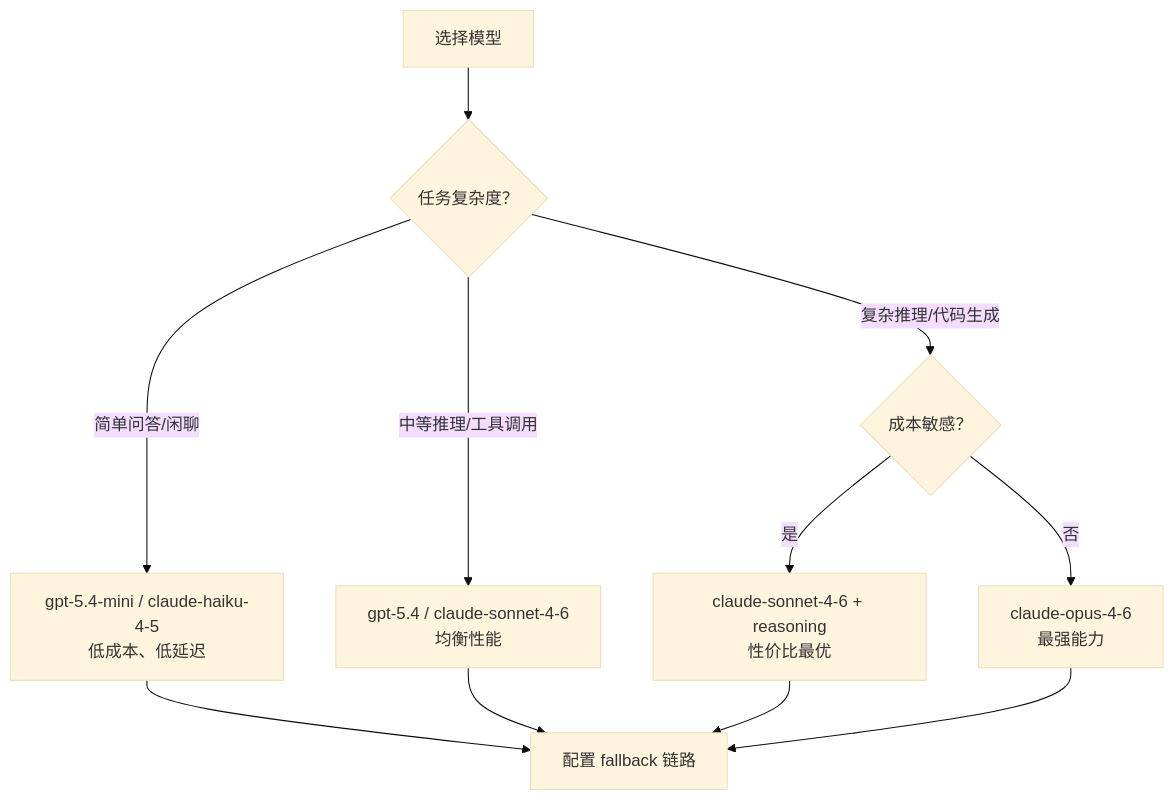
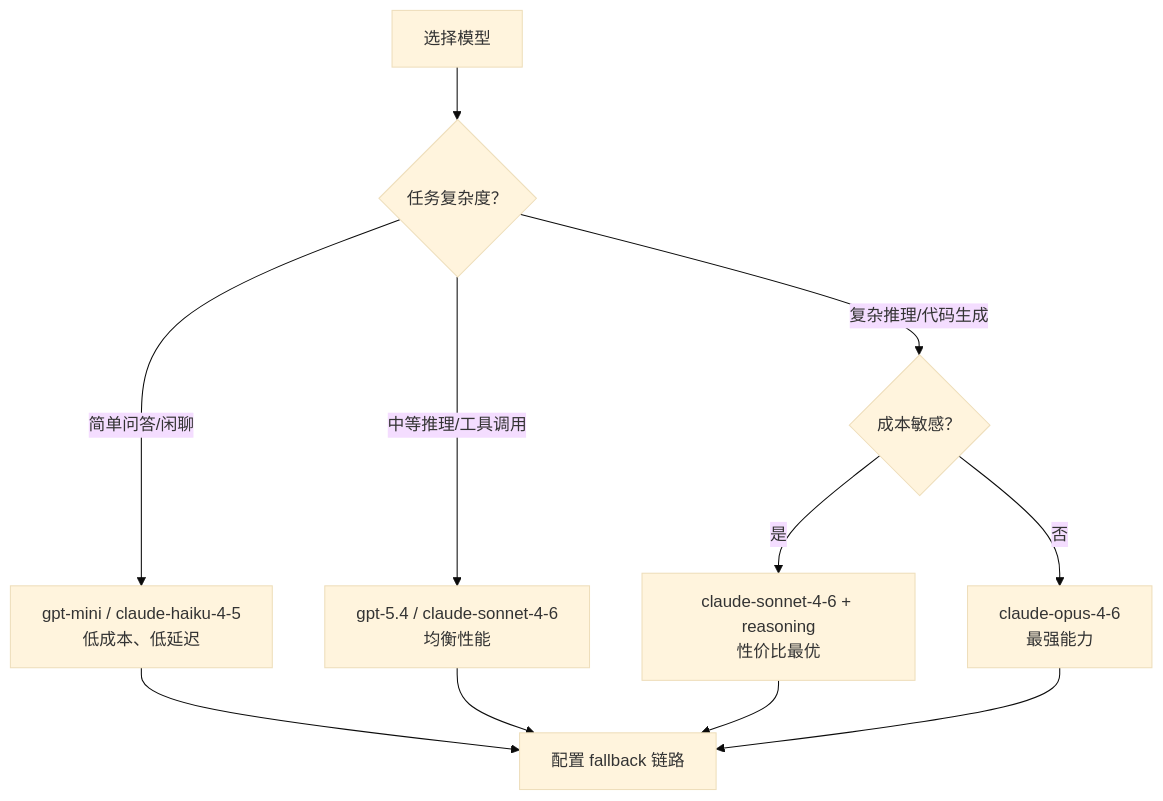
One commit to yeasy/openclaw_guide changed the diagram in 04_config_models/4.3_model_selection.md. Above: the diagram before and after it, drawn with Mermaid (base theme). The commit also changed other lines of this file and 2 other files, not shown here.

Commit message:
Fix model alias and timeout field in diagrams

````diff
--- a/04_config_models/4.3_model_selection.md
+++ b/04_config_models/4.3_model_selection.md
@@ -30,13 +30,13 @@
 ```mermaid
 flowchart TD
     Start["选择模型"] --> Q1{"任务复杂度？"}
-    Q1 -->|"简单问答/闲聊"| M1["gpt-5.4-mini / claude-haiku-4-5<br/>低成本、低延迟"]
+    Q1 -->|"简单问答/闲聊"| M1["gpt-mini / claude-haiku-4-5<br/>低成本、低延迟"]
     Q1 -->|"中等推理/工具调用"| M2["gpt-5.4 / claude-sonnet-4-6<br/>均衡性能"]
     Q1 -->|"复杂推理/代码生成"| Q2{"成本敏感？"}
     Q2 -->|"是"| M3["claude-sonnet-4-6 + reasoning<br/>性价比最优"]
     Q2 -->|"否"| M4["claude-opus-4-6<br/>最强能力"]
     M1 --> FB["配置 fallback 链路"]
     M2 --> FB
     M3 --> FB
     M4 --> FB
 ```
````
